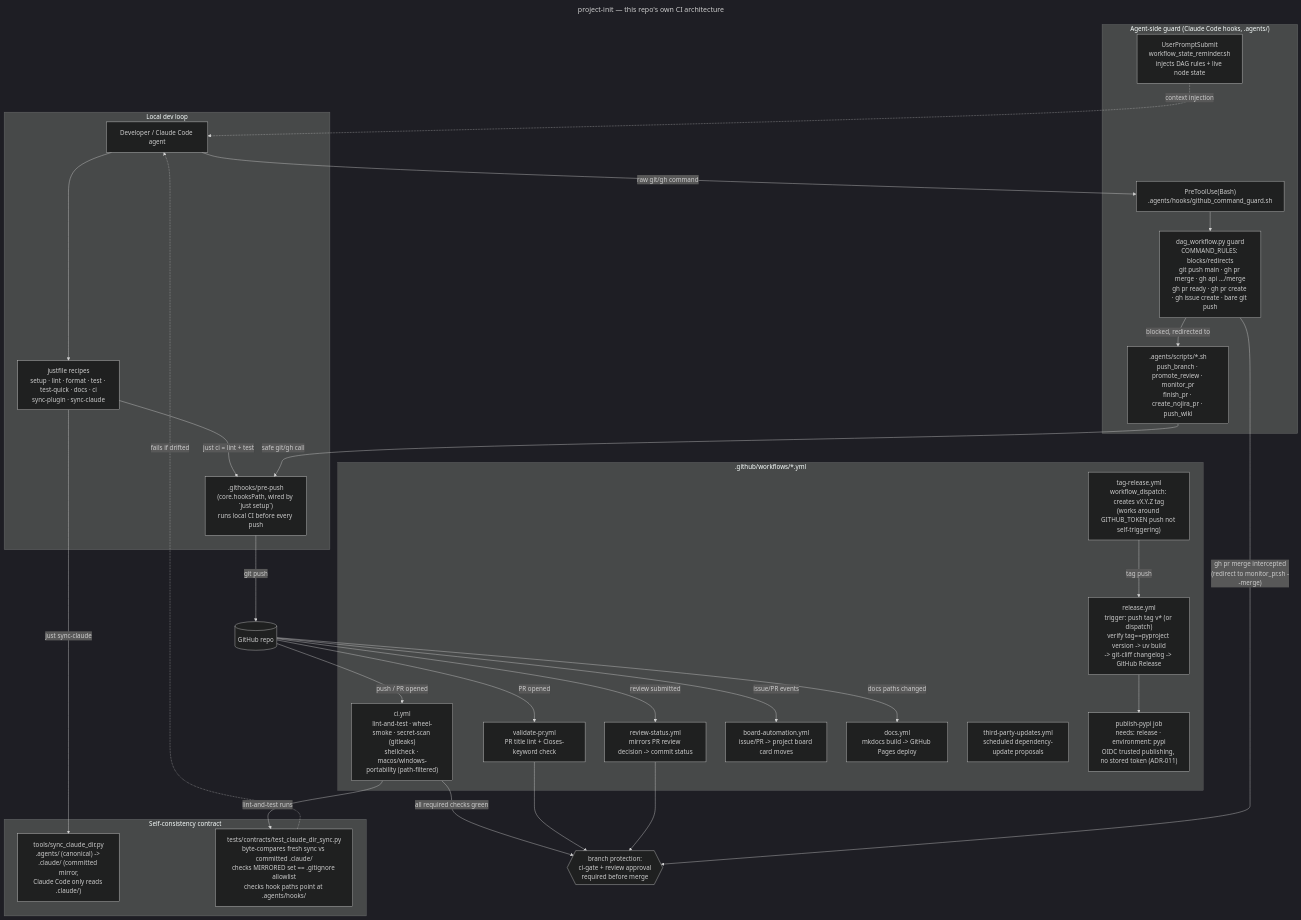
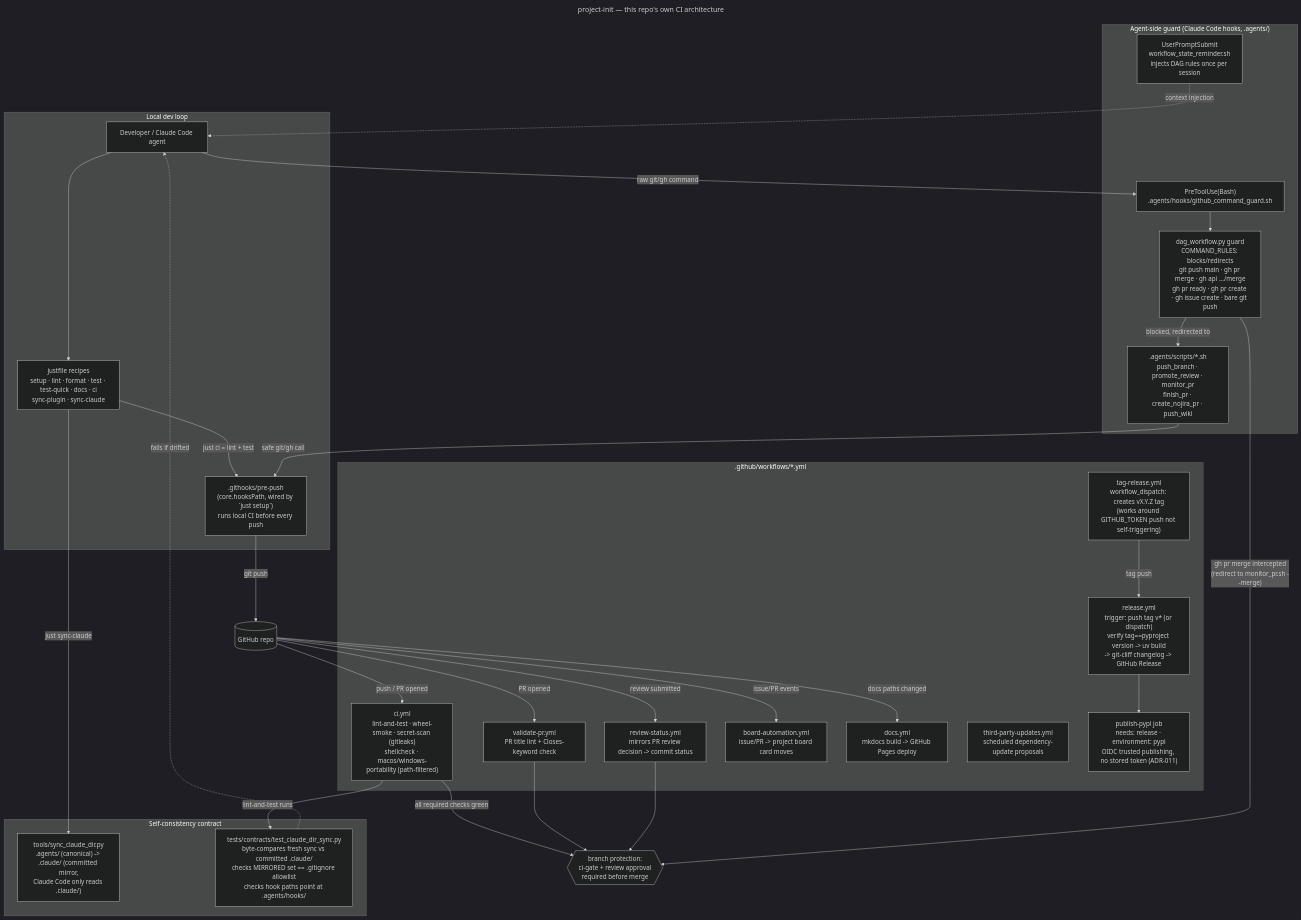
Before and after one commit to VytCepas/project-init: the diagram in docs/diagrams/repo-ci-architecture/repo-ci-architecture.mmd, drawn with Mermaid (dark theme). The commit also changed 9 other files, not shown here.

First line of the commit message:
fix(PI-998): remove the reminder's DAG-state block, which never fired (#1000)

```diff
--- a/docs/diagrams/repo-ci-architecture/repo-ci-architecture.mmd
+++ b/docs/diagrams/repo-ci-architecture/repo-ci-architecture.mmd
@@ -1,57 +1,57 @@
 ---
 title: project-init — this repo's own CI architecture
 ---
 flowchart TB
     subgraph LOCAL["Local dev loop"]
         DEV["Developer / Claude Code agent"]
         JUST["justfile recipes\nsetup · lint · format · test · test-quick · docs · ci\nsync-plugin · sync-claude"]
         PREPUSH[".githooks/pre-push\n(core.hooksPath, wired by `just setup`)\nruns local CI before every push"]
         DEV --> JUST
         JUST -->|"just ci = lint + test"| PREPUSH
     end
 
     subgraph GUARD["Agent-side guard (Claude Code hooks, .agents/)"]
         PTU["PreToolUse(Bash)\n.agents/hooks/github_command_guard.sh"]
         DAG["dag_workflow.py guard\nCOMMAND_RULES: blocks/redirects\ngit push main · gh pr merge · gh api .../merge\ngh pr ready · gh pr create · gh issue create · bare git push"]
         SCRIPTS[".agents/scripts/*.sh\npush_branch · promote_review · monitor_pr\nfinish_pr · create_nojira_pr · push_wiki"]
-        UPS["UserPromptSubmit\nworkflow_state_reminder.sh\ninjects DAG rules + live node state"]
+        UPS["UserPromptSubmit\nworkflow_state_reminder.sh\ninjects DAG rules once per session"]
         DEV -->|"raw git/gh command"| PTU --> DAG
         DAG -->|"blocked, redirected to"| SCRIPTS
         SCRIPTS -->|"safe git/gh call"| PREPUSH
         UPS -.->|"context injection"| DEV
     end
 
     PREPUSH -->|"git push"| GH[("GitHub repo")]
 
     subgraph WORKFLOWS[".github/workflows/*.yml"]
         CI["ci.yml\nlint-and-test · wheel-smoke · secret-scan (gitleaks)\nshellcheck · macos/windows-portability (path-filtered)"]
         VALIDATE["validate-pr.yml\nPR title lint + Closes-keyword check"]
         REVSTATUS["review-status.yml\nmirrors PR review decision -> commit status"]
         BOARD["board-automation.yml\nissue/PR -> project board card moves"]
         DOCS["docs.yml\nmkdocs build -> GitHub Pages deploy"]
         TPU["third-party-updates.yml\nscheduled dependency-update proposals"]
         TAGREL["tag-release.yml\nworkflow_dispatch: creates vX.Y.Z tag\n(works around GITHUB_TOKEN push not self-triggering)"]
         RELEASE["release.yml\ntrigger: push tag v* (or dispatch)\nverify tag==pyproject version -> uv build\n-> git-cliff changelog -> GitHub Release"]
         PUBLISH["publish-pypi job\nneeds: release · environment: pypi\nOIDC trusted publishing, no stored token (ADR-011)"]
         RELEASE --> PUBLISH
     end
 
     GH -->|"push / PR opened"| CI
     GH -->|"PR opened"| VALIDATE
     GH -->|"review submitted"| REVSTATUS
     GH -->|"issue/PR events"| BOARD
     GH -->|"docs paths changed"| DOCS
     TAGREL -->|"tag push"| RELEASE
 
     subgraph SELFCHECK["Self-consistency contract"]
         MIRROR["tools/sync_claude_dir.py\n.agents/ (canonical) -> .claude/ (committed mirror,\nClaude Code only reads .claude/)"]
         TEST["tests/contracts/test_claude_dir_sync.py\nbyte-compares fresh sync vs committed .claude/\nchecks MIRRORED set == .gitignore allowlist\nchecks hook paths point at .agents/hooks/"]
         JUST -->|"just sync-claude"| MIRROR
         CI -->|"lint-and-test runs"| TEST
         TEST -.->|"fails if drifted"| DEV
     end
 
     CI -->|"all required checks green"| MERGE{{"branch protection:\nci-gate + review approval\nrequired before merge"}}
     VALIDATE --> MERGE
     REVSTATUS --> MERGE
     DAG -->|"gh pr merge intercepted\n(redirect to monitor_pr.sh --merge)"| MERGE
```
